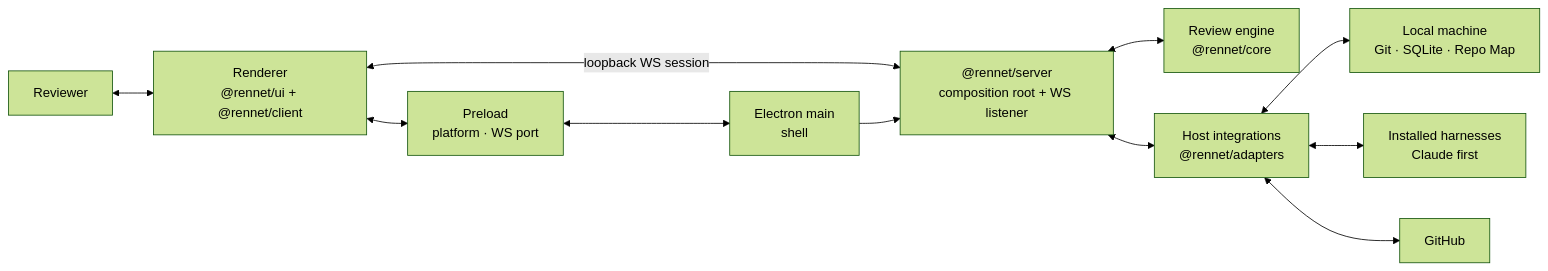
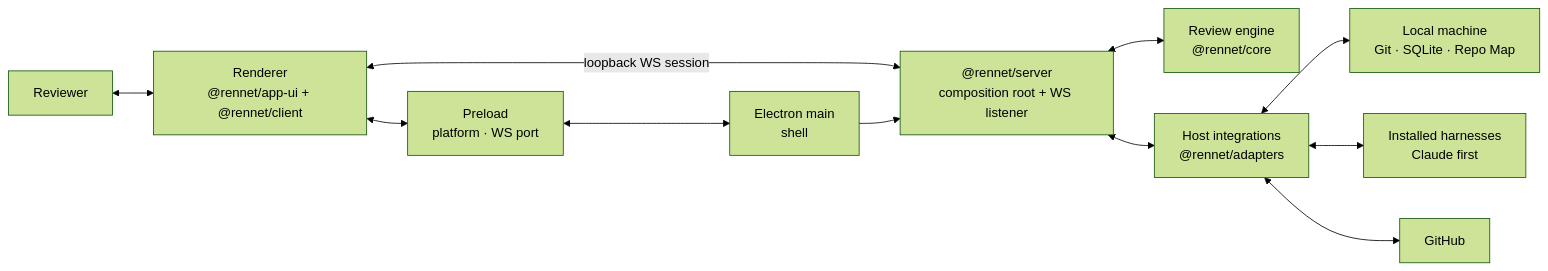
One commit to rbutera/Rennet changed the first of 7 diagrams in docs/src/content/docs/developing/concepts/architecture-overview.md. Above: the diagram before and after it, drawn with Mermaid (forest theme). The commit also changed other lines of this file and 235 other files, not shown here.

First line of the commit message:
refactor(ui): rename packages/ui to app-ui and scaffold vendored @rennet/ui kit

````diff
--- a/docs/src/content/docs/developing/concepts/architecture-overview.md
+++ b/docs/src/content/docs/developing/concepts/architecture-overview.md
@@ -23,24 +23,24 @@
 ```mermaid
 flowchart LR
   user[Reviewer]
-  ui["Renderer<br/>@rennet/ui + @rennet/client"]
+  ui["Renderer<br/>@rennet/app-ui + @rennet/client"]
   preload["Preload<br/>platform · WS port"]
   main["Electron main<br/>shell"]
   server["@rennet/server<br/>composition root + WS listener"]
   core["Review engine<br/>@rennet/core"]
   adapters["Host integrations<br/>@rennet/adapters"]
   local["Local machine<br/>Git · SQLite · Repo Map"]
   harness["Installed harnesses<br/>Claude first"]
   github[GitHub]
 
   user <--> ui
   ui <-->|"loopback WS session"| server
   ui <--> preload
   preload <--> main
   main --> server
   server <--> core
   server <--> adapters
   adapters <--> local
   adapters <--> harness
   adapters <--> github
 ```
````
